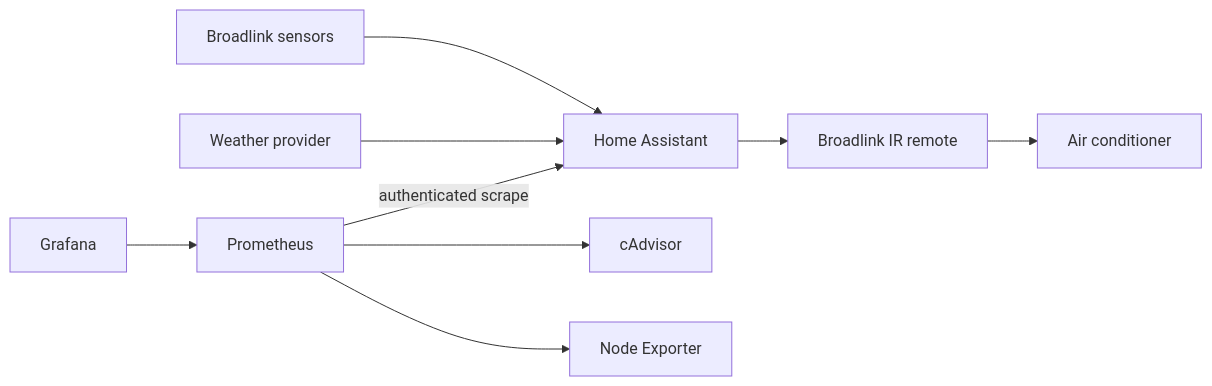
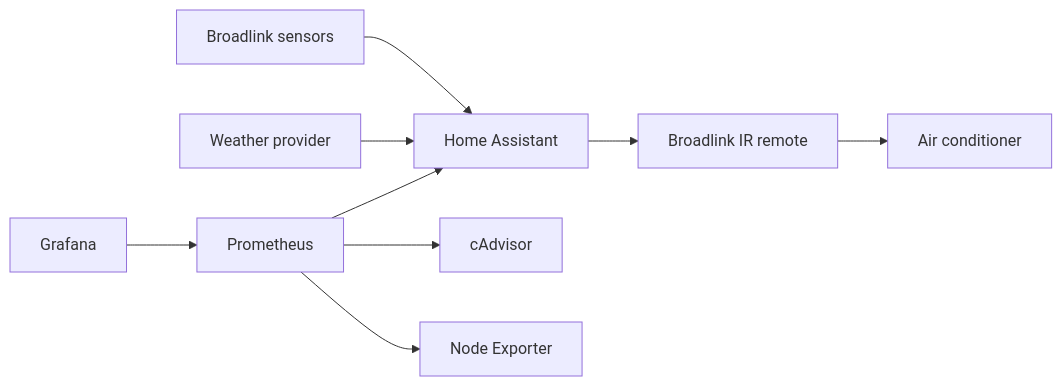
Before and after one commit to iSaudA/home-climate-observability: the diagram in README.md, drawn with Mermaid. The commit also changed other lines of this file and 5 other files, not shown here.

````diff
--- a/README.md
+++ b/README.md
@@ -7,10 +7,10 @@
 ```mermaid
 flowchart LR
   S["Broadlink sensors"] --> HA["Home Assistant"]
   W["Weather provider"] --> HA
   HA --> R["Broadlink IR remote"] --> AC["Air conditioner"]
-  P["Prometheus"] -->|"authenticated scrape"| HA
+  P["Prometheus"] --> HA
   P --> C["cAdvisor"]
   P --> N["Node Exporter"]
   G["Grafana"] --> P
 ```
````
